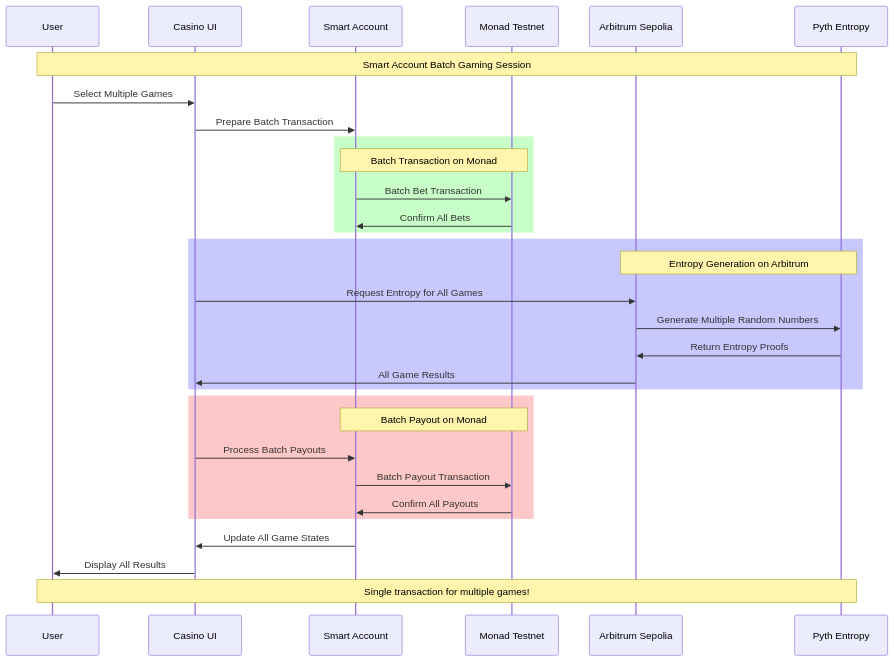
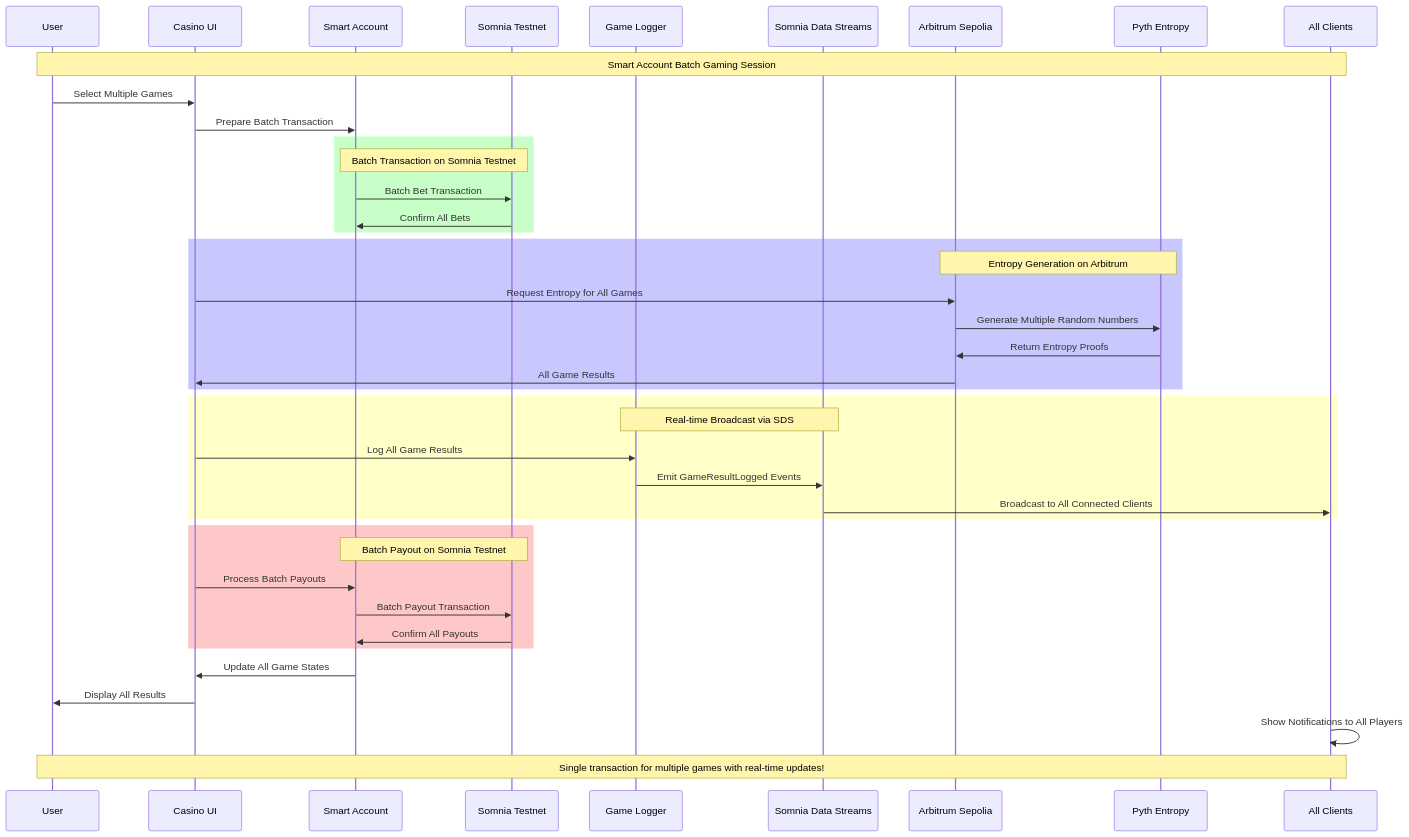
One commit to AmaanSayyad/APT-Casino-Somnia changed diagram 22 of 24 in MERMAID_DIAGRAMS.md. Above: the diagram before and after it, drawn with Mermaid. The commit also changed other lines of this file and 6 other files, not shown here.

Commit message:
diagrams and wd

````diff
--- a/MERMAID_DIAGRAMS.md
+++ b/MERMAID_DIAGRAMS.md
@@ -658,40 +790,51 @@
 ```mermaid
 sequenceDiagram
     participant U as User
     participant UI as Casino UI
     participant SA as Smart Account
-    participant MT as Monad Testnet
+    participant ST as Somnia Testnet
+    participant GL as Game Logger
+    participant SDS as Somnia Data Streams
     participant AS as Arbitrum Sepolia
     participant PE as Pyth Entropy
+    participant AC as All Clients
     
-    Note over U,PE: Smart Account Batch Gaming Session
+    Note over U,AC: Smart Account Batch Gaming Session
     
     U->>UI: Select Multiple Games
     UI->>SA: Prepare Batch Transaction
     
     rect rgb(200, 255, 200)
-        Note over SA,MT: Batch Transaction on Monad
-        SA->>MT: Batch Bet Transaction
-        MT->>SA: Confirm All Bets
+        Note over SA,ST: Batch Transaction on Somnia Testnet
+        SA->>ST: Batch Bet Transaction
+        ST->>SA: Confirm All Bets
     end
     
     rect rgb(200, 200, 255)
         Note over AS,PE: Entropy Generation on Arbitrum
         UI->>AS: Request Entropy for All Games
         AS->>PE: Generate Multiple Random Numbers
         PE->>AS: Return Entropy Proofs
         AS->>UI: All Game Results
     end
     
+    rect rgb(255, 255, 200)
+        Note over GL,SDS: Real-time Broadcast via SDS
+        UI->>GL: Log All Game Results
+        GL->>SDS: Emit GameResultLogged Events
+        SDS->>AC: Broadcast to All Connected Clients
+    end
+    
     rect rgb(255, 200, 200)
-        Note over SA,MT: Batch Payout on Monad
+        Note over SA,ST: Batch Payout on Somnia Testnet
         UI->>SA: Process Batch Payouts
-        SA->>MT: Batch Payout Transaction
-        MT->>SA: Confirm All Payouts
+        SA->>ST: Batch Payout Transaction
+        ST->>SA: Confirm All Payouts
     end
     
     SA->>UI: Update All Game States
     UI->>U: Display All Results
+    AC->>AC: Show Notifications to All Players
     
-    Note over U,PE: Single transaction for multiple games!
+    Note over U,AC: Single transaction for multiple games with real-time updates!
 ```
````
